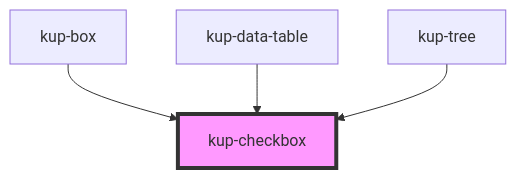
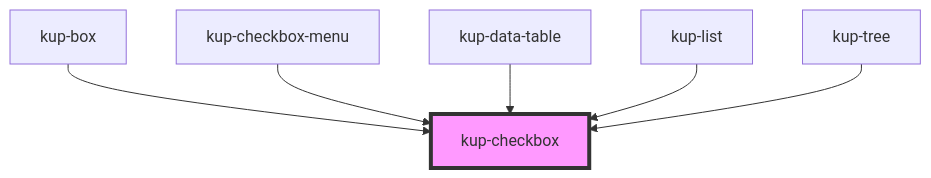
The diagram in packages/ketchup/src/components/kup-checkbox/readme.md (smeup/ketchup), drawn with Mermaid before and after one commit. The commit also changed other lines of this file and 12 other files, not shown here.

Commit message:
wup* to kup* for kup-checkbox

````diff
--- a/packages/ketchup/src/components/kup-checkbox/readme.md
+++ b/packages/ketchup/src/components/kup-checkbox/readme.md
@@ -40,7 +45,9 @@
 ```mermaid
 graph TD;
   kup-box --> kup-checkbox
+  kup-checkbox-menu --> kup-checkbox
   kup-data-table --> kup-checkbox
+  kup-list --> kup-checkbox
   kup-tree --> kup-checkbox
   style kup-checkbox fill:#f9f,stroke:#333,stroke-width:4px
 ```
````
